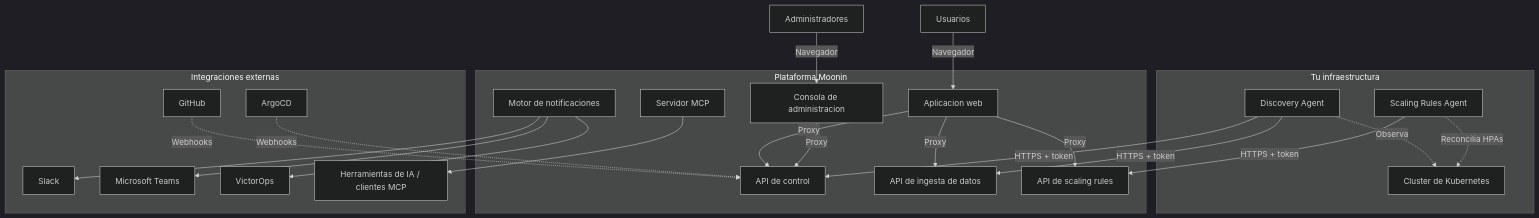
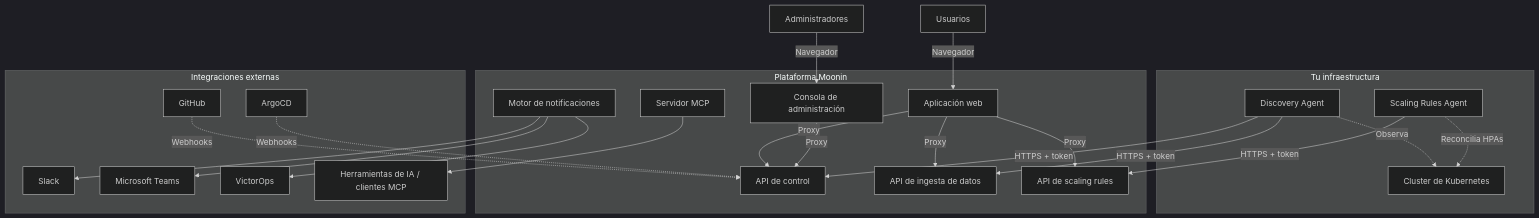
The first of 4 diagrams in src/content/docs/es/getting-started/architecture.md (Moonin-Lab/Moonin-Docs), drawn with Mermaid (dark theme) before and after one commit. The commit also changed other lines of this file and 84 other files, not shown here.

````diff
--- a/src/content/docs/es/getting-started/architecture.md
+++ b/src/content/docs/es/getting-started/architecture.md
@@ -11,45 +11,45 @@
 ```mermaid
 graph TB
     subgraph "Tu infraestructura"
         K8S[Cluster de Kubernetes]
         DISCOVERY[Discovery Agent]
         SCALING[Scaling Rules Agent]
         DISCOVERY -.->|Observa| K8S
         SCALING -.->|Reconcilia HPAs| K8S
     end
 
     subgraph "Plataforma Moonin"
         API[API de control]
         DI[API de ingesta de datos]
-        FRONT[Aplicacion web]
-        ADMIN[Consola de administracion]
+        FRONT[Aplicación web]
+        ADMIN[Consola de administración]
         MCP[Servidor MCP]
         NOTIFIER[Motor de notificaciones]
         SCALINGAPI[API de scaling rules]
     end
 
     subgraph "Integraciones externas"
         GH[GitHub]
         ACD[ArgoCD]
         SLACK[Slack]
         TEAMS[Microsoft Teams]
         VOPS[VictorOps]
         AI[Herramientas de IA / clientes MCP]
     end
 
     DISCOVERY -->|HTTPS + token| API
     DISCOVERY -->|HTTPS + token| DI
     SCALING -->|HTTPS + token| SCALINGAPI
     FRONT -->|Proxy| API
     FRONT -->|Proxy| DI
     FRONT -->|Proxy| SCALINGAPI
     ADMIN -->|Proxy| API
     NOTIFIER --> SLACK
     NOTIFIER --> TEAMS
     NOTIFIER --> VOPS
     GH -.->|Webhooks| API
     ACD -.->|Webhooks| API
     MCP --> AI
     USERS[Usuarios] -->|Navegador| FRONT
     ADMINS[Administradores] -->|Navegador| ADMIN
 ```
````
